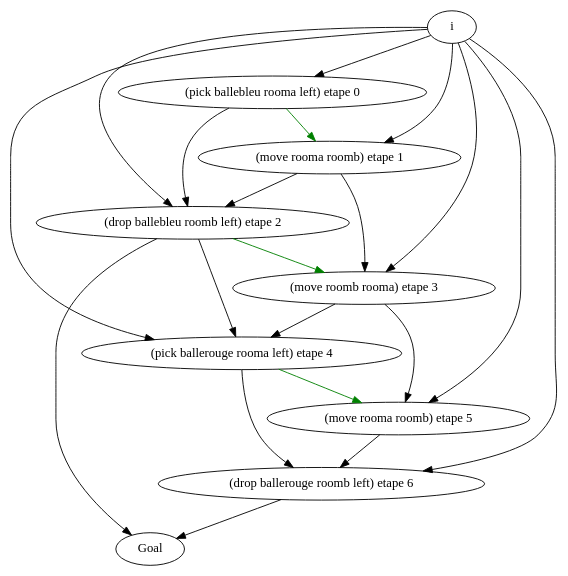
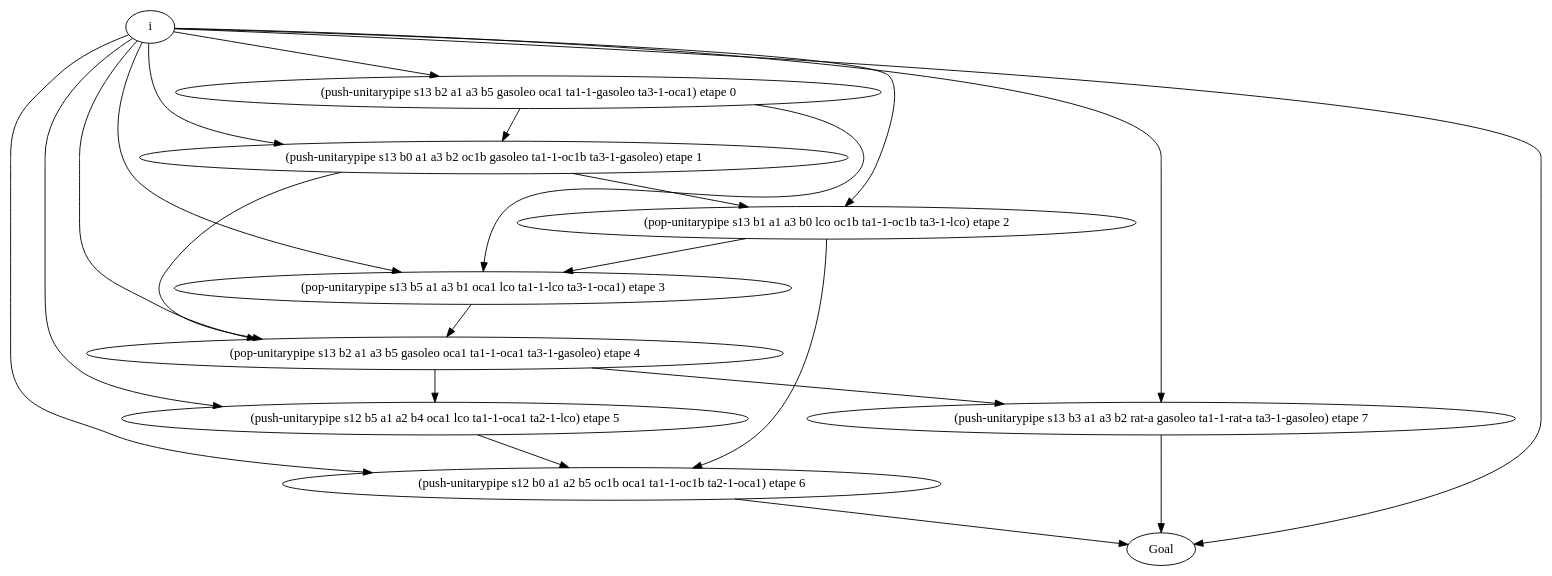
Before and after one commit to plaans/aries: the diagram in graphiquetemp.dot, drawn with Graphviz. The commit also changed 15 other files, not shown here.

```diff
--- a/graphiquetemp.dot
+++ b/graphiquetemp.dot
@@ -1,23 +1,24 @@
 digraph D { 
-"(pick ballebleu rooma left) etape 0" -> "(drop ballebleu roomb left) etape 2";
-"(move rooma roomb) etape 1" -> "(drop ballebleu roomb left) etape 2";
-"(move rooma roomb) etape 1" -> "(move roomb rooma) etape 3";
-"(drop ballebleu roomb left) etape 2" -> "(pick ballerouge rooma left) etape 4";
-"(drop ballebleu roomb left) etape 2" -> " Goal ";
-"(move roomb rooma) etape 3" -> "(pick ballerouge rooma left) etape 4";
-"(move roomb rooma) etape 3" -> "(move rooma roomb) etape 5";
-"(pick ballerouge rooma left) etape 4" -> "(drop ballerouge roomb left) etape 6";
-"(move rooma roomb) etape 5" -> "(drop ballerouge roomb left) etape 6";
-"(drop ballerouge roomb left) etape 6" -> " Goal ";
-" i " -> "(pick ballebleu rooma left) etape 0";
-" i " -> "(move rooma roomb) etape 1";
-" i " -> "(drop ballebleu roomb left) etape 2";
-" i " -> "(move roomb rooma) etape 3";
-" i " -> "(pick ballerouge rooma left) etape 4";
-" i " -> "(move rooma roomb) etape 5";
-" i " -> "(drop ballerouge roomb left) etape 6";
+"(push-unitarypipe s13 b2 a1 a3 b5 gasoleo oca1 ta1-1-gasoleo ta3-1-oca1) etape 0" -> "(push-unitarypipe s13 b0 a1 a3 b2 oc1b gasoleo ta1-1-oc1b ta3-1-gasoleo) etape 1";
+"(push-unitarypipe s13 b2 a1 a3 b5 gasoleo oca1 ta1-1-gasoleo ta3-1-oca1) etape 0" -> "(pop-unitarypipe s13 b5 a1 a3 b1 oca1 lco ta1-1-lco ta3-1-oca1) etape 3";
+"(push-unitarypipe s13 b0 a1 a3 b2 oc1b gasoleo ta1-1-oc1b ta3-1-gasoleo) etape 1" -> "(pop-unitarypipe s13 b1 a1 a3 b0 lco oc1b ta1-1-oc1b ta3-1-lco) etape 2";
+"(push-unitarypipe s13 b0 a1 a3 b2 oc1b gasoleo ta1-1-oc1b ta3-1-gasoleo) etape 1" -> "(pop-unitarypipe s13 b2 a1 a3 b5 gasoleo oca1 ta1-1-oca1 ta3-1-gasoleo) etape 4";
+"(pop-unitarypipe s13 b1 a1 a3 b0 lco oc1b ta1-1-oc1b ta3-1-lco) etape 2" -> "(pop-unitarypipe s13 b5 a1 a3 b1 oca1 lco ta1-1-lco ta3-1-oca1) etape 3";
+"(pop-unitarypipe s13 b1 a1 a3 b0 lco oc1b ta1-1-oc1b ta3-1-lco) etape 2" -> "(push-unitarypipe s12 b0 a1 a2 b5 oc1b oca1 ta1-1-oc1b ta2-1-oca1) etape 6";
+"(pop-unitarypipe s13 b5 a1 a3 b1 oca1 lco ta1-1-lco ta3-1-oca1) etape 3" -> "(pop-unitarypipe s13 b2 a1 a3 b5 gasoleo oca1 ta1-1-oca1 ta3-1-gasoleo) etape 4";
+"(pop-unitarypipe s13 b2 a1 a3 b5 gasoleo oca1 ta1-1-oca1 ta3-1-gasoleo) etape 4" -> "(push-unitarypipe s12 b5 a1 a2 b4 oca1 lco ta1-1-oca1 ta2-1-lco) etape 5";
+"(pop-unitarypipe s13 b2 a1 a3 b5 gasoleo oca1 ta1-1-oca1 ta3-1-gasoleo) etape 4" -> "(push-unitarypipe s13 b3 a1 a3 b2 rat-a gasoleo ta1-1-rat-a ta3-1-gasoleo) etape 7";
+"(push-unitarypipe s12 b5 a1 a2 b4 oca1 lco ta1-1-oca1 ta2-1-lco) etape 5" -> "(push-unitarypipe s12 b0 a1 a2 b5 oc1b oca1 ta1-1-oc1b ta2-1-oca1) etape 6";
+"(push-unitarypipe s12 b0 a1 a2 b5 oc1b oca1 ta1-1-oc1b ta2-1-oca1) etape 6" -> " Goal ";
+"(push-unitarypipe s13 b3 a1 a3 b2 rat-a gasoleo ta1-1-rat-a ta3-1-gasoleo) etape 7" -> " Goal ";
+" i " -> "(push-unitarypipe s13 b2 a1 a3 b5 gasoleo oca1 ta1-1-gasoleo ta3-1-oca1) etape 0";
+" i " -> "(push-unitarypipe s13 b0 a1 a3 b2 oc1b gasoleo ta1-1-oc1b ta3-1-gasoleo) etape 1";
+" i " -> "(pop-unitarypipe s13 b1 a1 a3 b0 lco oc1b ta1-1-oc1b ta3-1-lco) etape 2";
+" i " -> "(pop-unitarypipe s13 b5 a1 a3 b1 oca1 lco ta1-1-lco ta3-1-oca1) etape 3";
+" i " -> "(pop-unitarypipe s13 b2 a1 a3 b5 gasoleo oca1 ta1-1-oca1 ta3-1-gasoleo) etape 4";
+" i " -> "(push-unitarypipe s12 b5 a1 a2 b4 oca1 lco ta1-1-oca1 ta2-1-lco) etape 5";
+" i " -> "(push-unitarypipe s12 b0 a1 a2 b5 oc1b oca1 ta1-1-oc1b ta2-1-oca1) etape 6";
+" i " -> "(push-unitarypipe s13 b3 a1 a3 b2 rat-a gasoleo ta1-1-rat-a ta3-1-gasoleo) etape 7";
+" i " -> " Goal ";
 edge [color=green];
-"(pick ballebleu rooma left) etape 0" -> "(move rooma roomb) etape 1";
-"(drop ballebleu roomb left) etape 2" -> "(move roomb rooma) etape 3";
-"(pick ballerouge rooma left) etape 4" -> "(move rooma roomb) etape 5";
 } 
```
